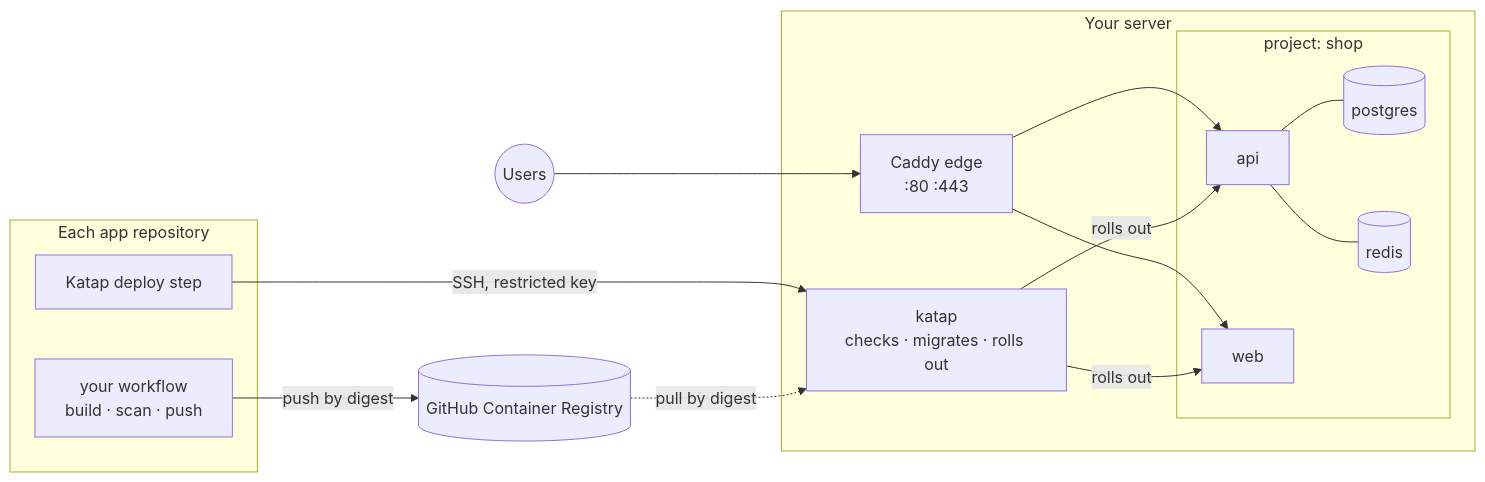
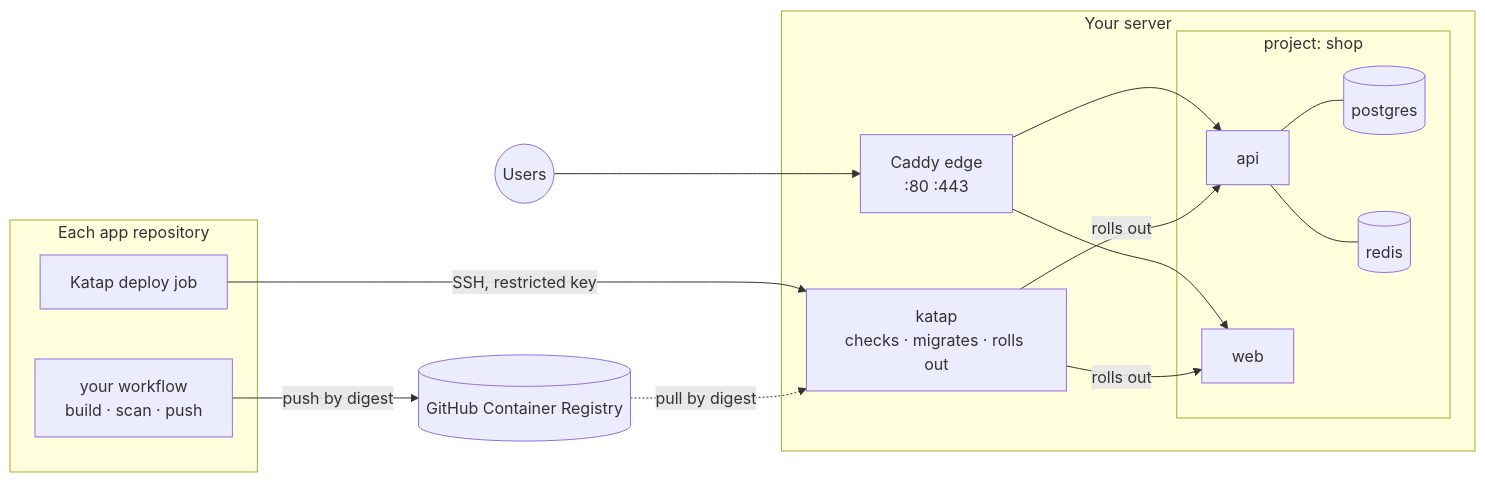
Before and after one commit to jaylordibe/katap: the diagram in README.md, drawn with Mermaid. The commit also changed other lines of this file and 18 other files, not shown here.

````diff
--- a/README.md
+++ b/README.md
@@ -173,23 +175,23 @@
 ```mermaid
 flowchart LR
     subgraph app["Each app repository"]
         W["your workflow<br/>build · scan · push"]
-        S["Katap deploy step"]
+        S["Katap deploy job"]
     end
     REG[("GitHub Container Registry")]
     subgraph server["Your server"]
         K["katap<br/>checks · migrates · rolls out"]
         E["Caddy edge<br/>:80 :443"]
         subgraph A["project: shop"]
             A1["api"] --- A2[("postgres")]
             A1 --- A3[("redis")]
             A4["web"]
         end
     end
     U(("Users")) --> E
     E --> A1 & A4
     W -- "push by digest" --> REG
     S -- "SSH, restricted key" --> K
     REG -. "pull by digest" .-> K
     K -- "rolls out" --> A1 & A4
 ```
````
